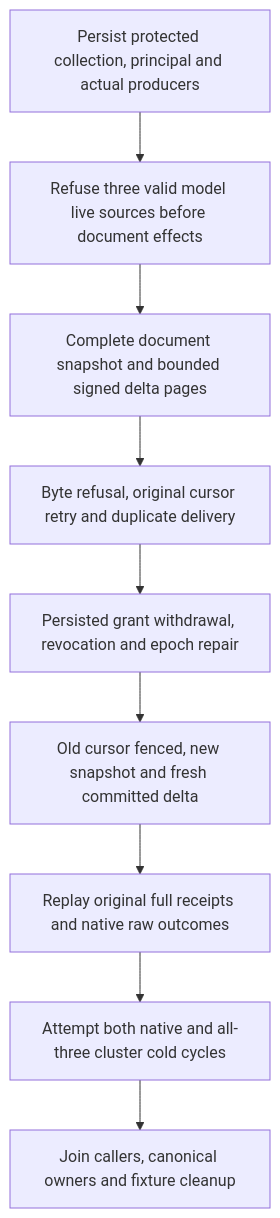
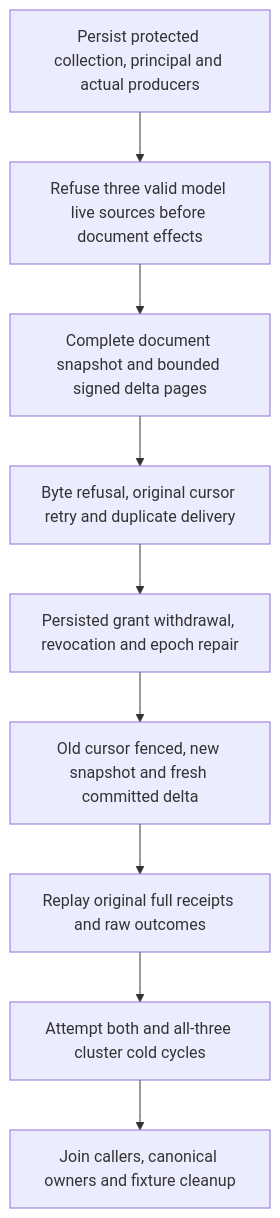
Before and after one commit to managedcode/KeyLoad: the diagram in docs/Features/ChangeFeeds/DocumentModelProfile.md, drawn with Mermaid. The commit also changed other lines of this file and 9016 other files, not shown here.

````diff
--- a/docs/Features/ChangeFeeds/DocumentModelProfile.md
+++ b/docs/Features/ChangeFeeds/DocumentModelProfile.md
@@ -23,11 +23,11 @@
 ```mermaid
 flowchart TD
     Seed[Persist protected collection, principal and actual producers] --> Refuse[Refuse three valid model live sources before document effects]
     Refuse --> Ordinary[Complete document snapshot and bounded signed delta pages]
     Ordinary --> Retry[Byte refusal, original cursor retry and duplicate delivery]
     Retry --> Policy[Persisted grant withdrawal, revocation and epoch repair]
     Policy --> Fresh[Old cursor fenced, new snapshot and fresh committed delta]
-    Fresh --> Replay[Replay original full receipts and native raw outcomes]
-    Replay --> Cold[Attempt both native and all-three cluster cold cycles]
+    Fresh --> Replay[Replay original full receipts and raw outcomes]
+    Replay --> Cold[Attempt both and all-three cluster cold cycles]
     Cold --> Cleanup[Join callers, canonical owners and fixture cleanup]
 ```
````
